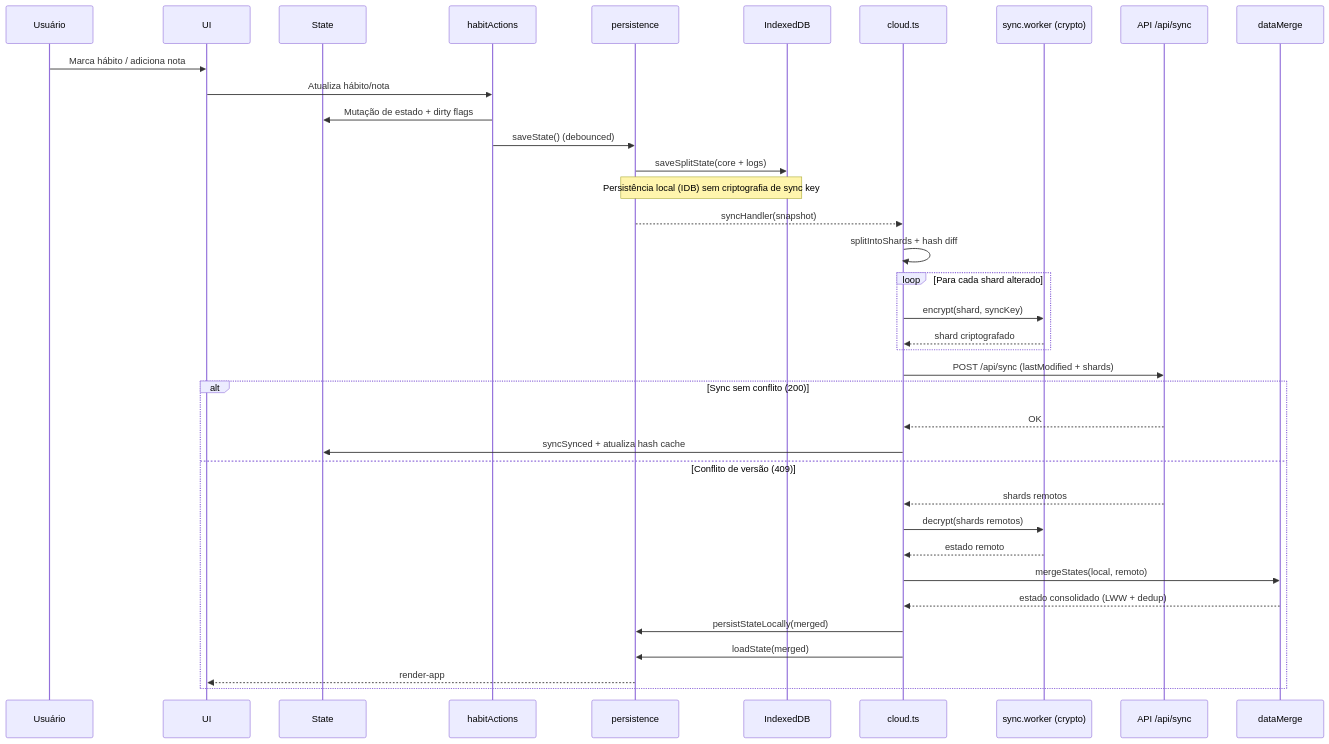
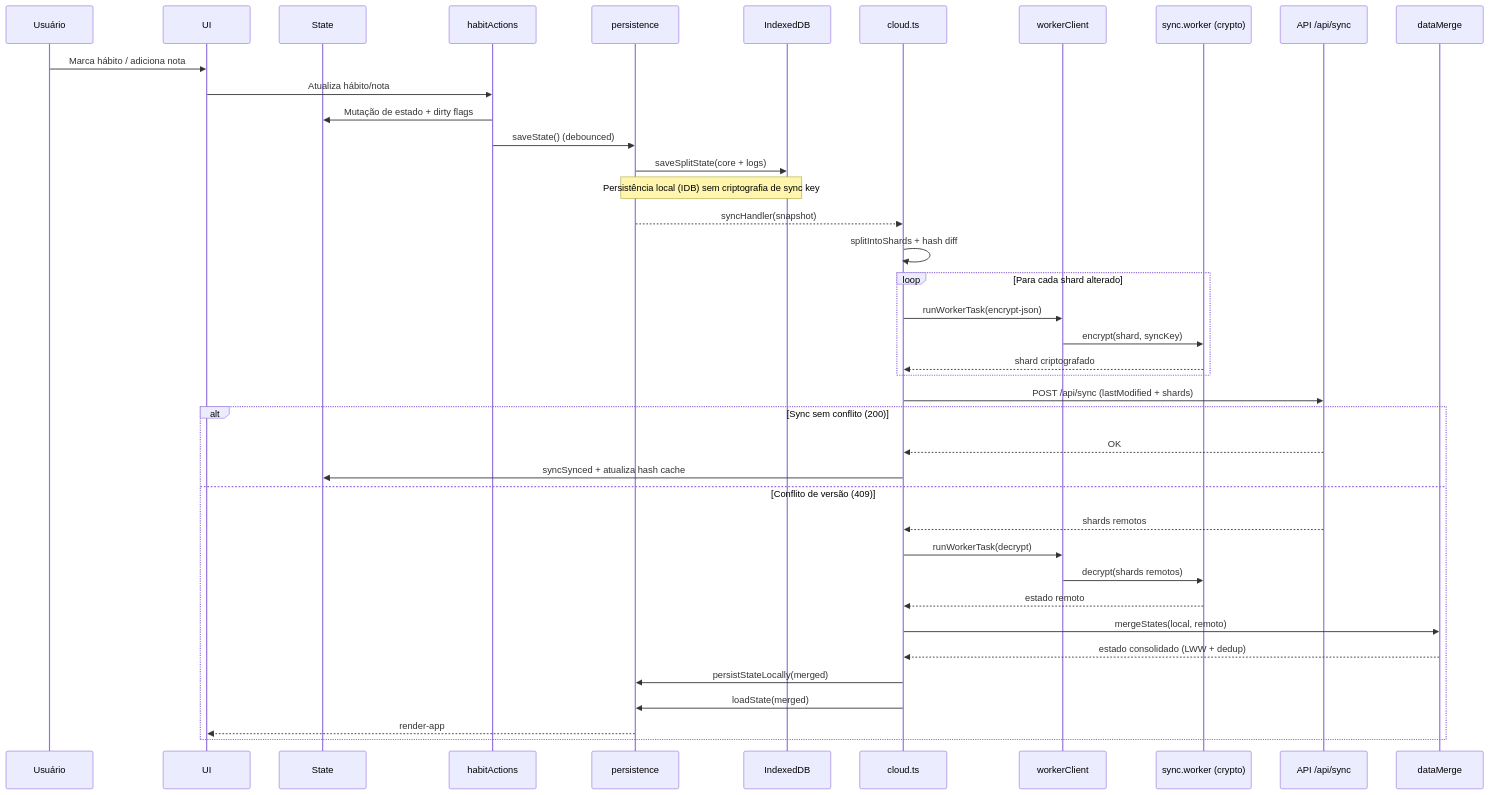
The fifth of 9 diagrams in README.md (farifran/askesis), drawn with Mermaid before and after one commit. The commit also changed other lines of this file and 2 other files, not shown here.

Commit message:
Refactor architecture diagrams: update component relationships and enhance clarity in event handling

````diff
--- a/README.md
+++ b/README.md
@@ -195,42 +208,45 @@
 ```mermaid
 sequenceDiagram
   participant User as Usuário
   participant UI as UI
   participant State as State
   participant Actions as habitActions
   participant Persist as persistence
   participant DB as IndexedDB
   participant Cloud as cloud.ts
+  participant WRPC as workerClient
   participant Crypto as sync.worker (crypto)
   participant API as API /api/sync
   participant Merge as dataMerge
 
   User->>UI: Marca hábito / adiciona nota
   UI->>Actions: Atualiza hábito/nota
   Actions->>State: Mutação de estado + dirty flags
   Actions->>Persist: saveState() (debounced)
   Persist->>DB: saveSplitState(core + logs)
   Note over Persist,DB: Persistência local (IDB) sem criptografia de sync key
   Persist-->>Cloud: syncHandler(snapshot)
   Cloud->>Cloud: splitIntoShards + hash diff
 
   loop Para cada shard alterado
-    Cloud->>Crypto: encrypt(shard, syncKey)
+    Cloud->>WRPC: runWorkerTask(encrypt-json)
+    WRPC->>Crypto: encrypt(shard, syncKey)
     Crypto-->>Cloud: shard criptografado
   end
 
   Cloud->>API: POST /api/sync (lastModified + shards)
   alt Sync sem conflito (200)
     API-->>Cloud: OK
     Cloud->>State: syncSynced + atualiza hash cache
   else Conflito de versão (409)
     API-->>Cloud: shards remotos
-    Cloud->>Crypto: decrypt(shards remotos)
+    Cloud->>WRPC: runWorkerTask(decrypt)
+    WRPC->>Crypto: decrypt(shards remotos)
     Crypto-->>Cloud: estado remoto
     Cloud->>Merge: mergeStates(local, remoto)
     Merge-->>Cloud: estado consolidado (LWW + dedup)
     Cloud->>Persist: persistStateLocally(merged)
     Cloud->>Persist: loadState(merged)
     Persist-->>UI: render-app
   end
 ```
````
